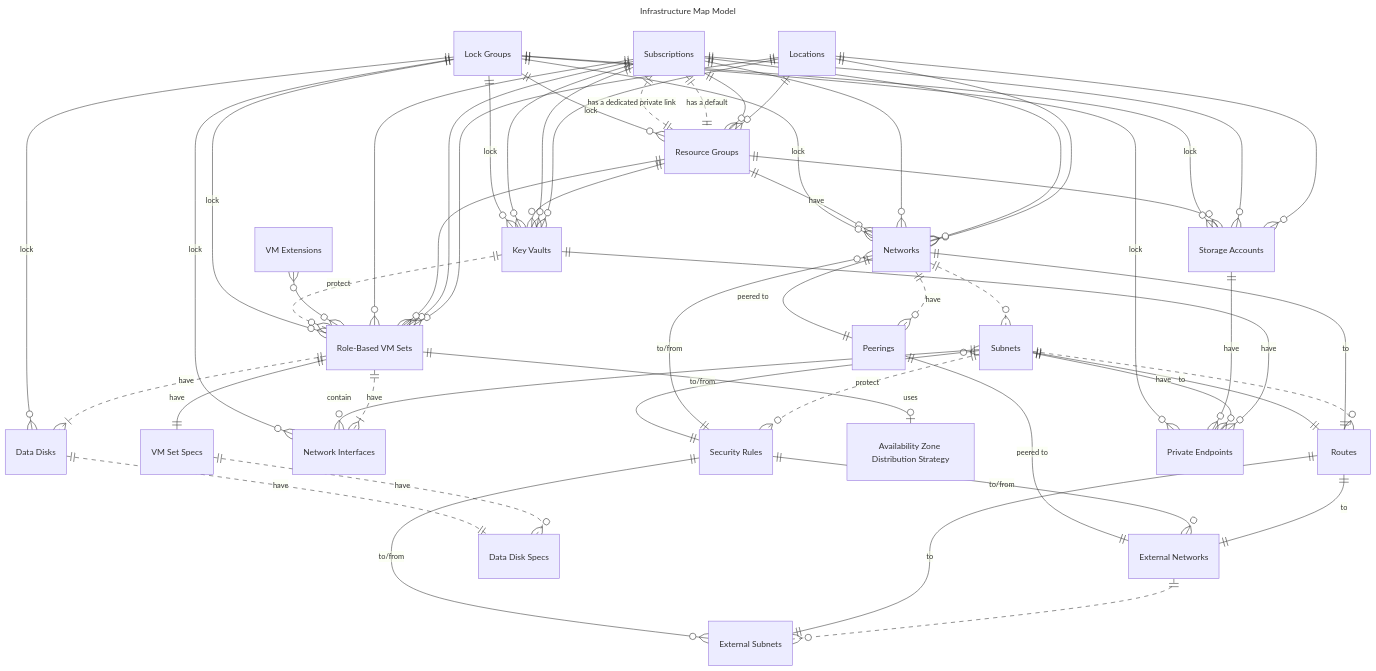
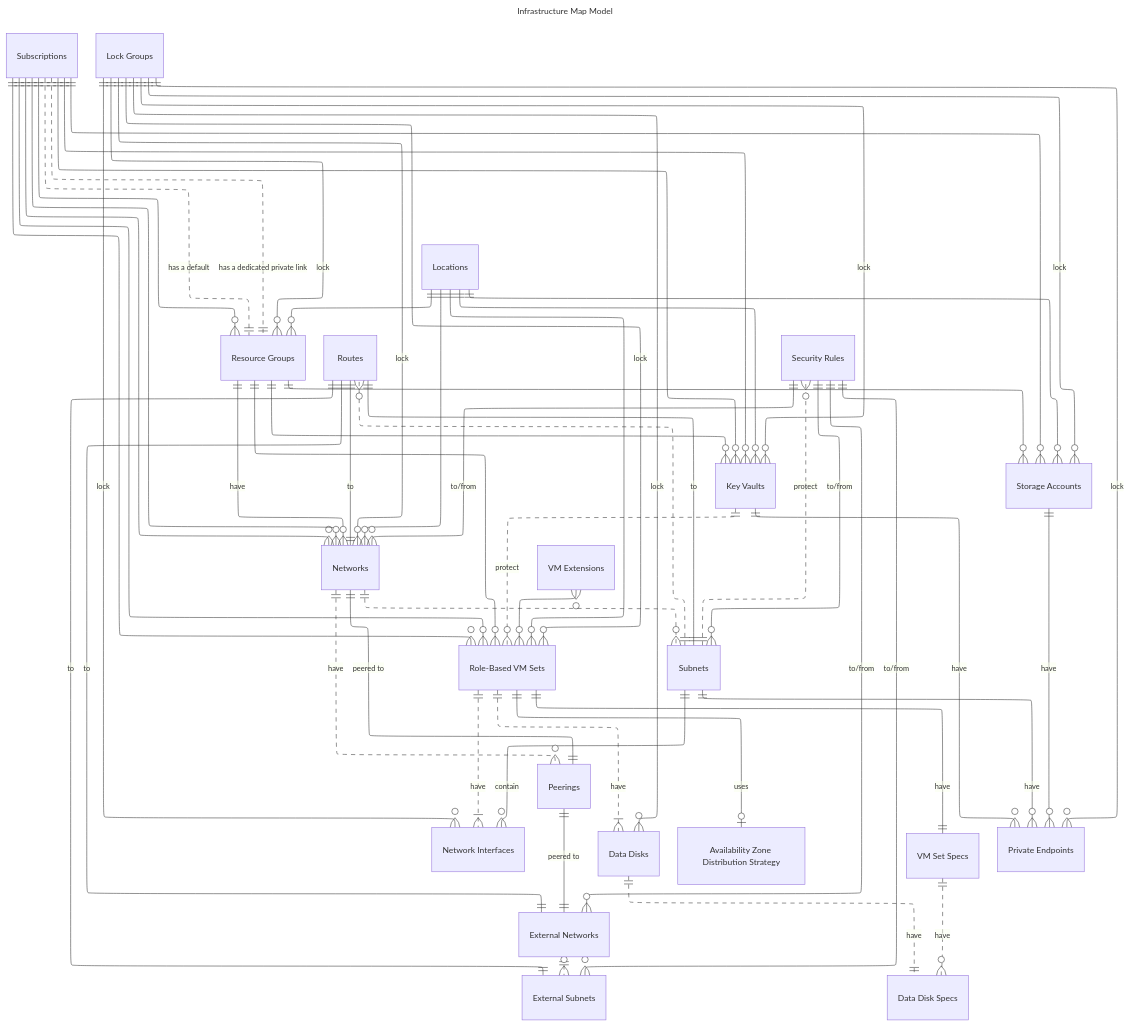
The diagram in README.md (Azure/relational-infrastructure), drawn with Mermaid before and after one commit.

````diff
--- a/README.md
+++ b/README.md
@@ -43,60 +43,62 @@
 ```mermaid
 ---
 title: Infrastructure Map Model
+config:
+        layout: elk
 ---
 erDiagram
   Locations ||--o{ "Resource Groups" : ""
   Locations ||--o{ "Networks" : ""
   Locations ||--o{ "Role-Based VM Sets" : ""
   Locations ||--o{ "Key Vaults" : ""
   Locations ||--o{ "Storage Accounts" : ""
   Subscriptions ||--o{ "Key Vaults" : ""
   Subscriptions ||--o{ "Resource Groups" : ""
   Subscriptions ||--o{ "Networks" : ""
   Subscriptions ||--o{ "Role-Based VM Sets" : ""
   Subscriptions ||--o{ "Storage Accounts" : ""
   "Resource Groups" ||--o{ "Role-Based VM Sets" : ""
   "Resource Groups" ||--o{ "Key Vaults" : ""
   "Resource Groups" ||--o{ "Storage Accounts" : ""
   "Subscriptions" ||..|| "Resource Groups" : "has a default"
   "Subscriptions" ||..|| "Resource Groups" : "has a dedicated private link"
   "Subscriptions" ||--o{ "Networks" : ""
   "Subscriptions" ||--o{ "Role-Based VM Sets" : ""
   "Subscriptions" ||--o{ "Key Vaults" : ""
   "VM Extensions" }o--o{ "Role-Based VM Sets" : ""
   "Networks" ||..o{ "Subnets" : ""
   "External Networks" ||..o{ "External Subnets" : ""
   "Subnets" ||..o{ "Routes" : ""
   "Routes" ||--|| "Networks" : "to"
   "Routes" ||--|| "External Networks" : "to"
   "Routes" ||--|| "Subnets" : "to"
   "Routes" ||--|| "External Subnets" : "to"
   "Subnets" ||..o{ "Security Rules" : "protect"
   "Security Rules" ||--o{ "Networks" : "to/from"
   "Security Rules" ||--o{ "Subnets" : "to/from"
   "Security Rules" ||--o{ "External Networks" : "to/from"
   "Security Rules" ||--o{ "External Subnets" : "to/from"
   "Key Vaults" ||..o{ "Role-Based VM Sets" : "protect"
   "Role-Based VM Sets" ||..|{ "Network Interfaces" : "have"
   "Role-Based VM Sets" ||..|{ "Data Disks" : "have"
   "Subnets" ||--o{ "Network Interfaces" : "contain"
   "Role-Based VM Sets" ||--o| "Availability Zone Distribution Strategy" : "uses"
   "Role-Based VM Sets" ||--|| "VM Set Specs" : "have"
   "VM Set Specs" ||..o{ "Data Disk Specs" : "have"
   "Data Disks" ||..|| "Data Disk Specs" : "have"
   "Resource Groups" ||--o{ "Networks" : "have"
   "Key Vaults" ||--o{ "Private Endpoints" : "have"
   "Subnets" ||--o{ "Private Endpoints" : "have"
   "Storage Accounts" ||--o{ "Private Endpoints" : "have"
   "Networks" ||..o{ "Peerings" : "have"
   "Peerings" ||--|| "Networks" : "peered to"
   "Peerings" ||--|| "External Networks" : "peered to"
   "Lock Groups" ||--o{ "Resource Groups" : "lock"
   "Lock Groups" ||--o{ "Networks" : "lock"
   "Lock Groups" ||--o{ "Key Vaults" : "lock"
   "Lock Groups" ||--o{ "Role-Based VM Sets" : "lock"
   "Lock Groups" ||--o{ "Data Disks" : "lock"
   "Lock Groups" ||--o{ "Network Interfaces" : "lock"
   "Lock Groups" ||--o{ "Private Endpoints" : "lock"
   "Lock Groups" ||--o{ "Storage Accounts" : "lock"
 ```
````
